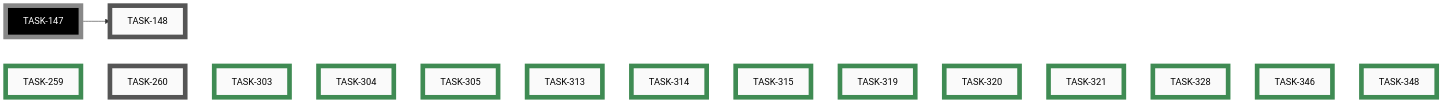
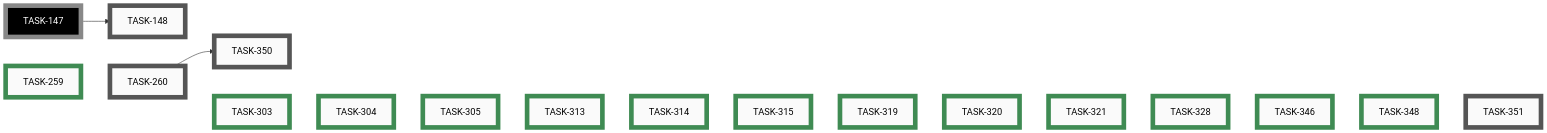
One commit to tgd1975/AwesomeStudioPedal changed the tenth of 10 diagrams in docs/developers/tasks/EPICS.md. Above: the diagram before and after it, drawn with Mermaid. The commit also changed other lines of this file and 7 other files, not shown here.

First line of the commit message:
fix(pre-commit): re-lint housekeep-regenerated index files; clean trailing blanks and HTML noise in generators

````diff
--- a/docs/developers/tasks/EPICS.md
+++ b/docs/developers/tasks/EPICS.md
@@ -398,44 +404,49 @@
 ```mermaid
 graph LR
     TASK_148["TASK-148"]:::open
     TASK_260["TASK-260"]:::open
+    TASK_350["TASK-350"]:::open
+    TASK_351["TASK-351"]:::open
     TASK_259["TASK-259"]:::closed
     TASK_303["TASK-303"]:::closed
     TASK_304["TASK-304"]:::closed
     TASK_305["TASK-305"]:::closed
     TASK_313["TASK-313"]:::closed
     TASK_314["TASK-314"]:::closed
     TASK_315["TASK-315"]:::closed
     TASK_319["TASK-319"]:::closed
     TASK_320["TASK-320"]:::closed
     TASK_321["TASK-321"]:::closed
     TASK_328["TASK-328"]:::closed
     TASK_346["TASK-346"]:::closed
     TASK_348["TASK-348"]:::closed
     TASK_147["TASK-147"]:::openExt
     TASK_147 --> TASK_148
-    TASK_259 ~~~ TASK_260 ~~~ TASK_303 ~~~ TASK_304 ~~~ TASK_305 ~~~ TASK_313 ~~~ TASK_314 ~~~ TASK_315 ~~~ TASK_319 ~~~ TASK_320 ~~~ TASK_321 ~~~ TASK_328 ~~~ TASK_346 ~~~ TASK_348
+    TASK_260 --> TASK_350
+    TASK_259 ~~~ TASK_260 ~~~ TASK_303 ~~~ TASK_304 ~~~ TASK_305 ~~~ TASK_313 ~~~ TASK_314 ~~~ TASK_315 ~~~ TASK_319 ~~~ TASK_320 ~~~ TASK_321 ~~~ TASK_328 ~~~ TASK_346 ~~~ TASK_348 ~~~ TASK_351
     click TASK_148 "open/task-148-reorganise-developer-documentation.md"
     click TASK_260 "open/task-260-unify-version-numbers-across-deliverables.md"
+    click TASK_350 "open/task-350-display-unified-version-in-web-tooling.md"
+    click TASK_351 "open/task-351-ensure-autogenerated-markdown-is-lint-clean.md"
     click TASK_259 "closed/task-259-android-app-test-protocol.md"
     click TASK_303 "closed/task-303-simulator-boots-with-demo-loaded.md"
     click TASK_304 "closed/task-304-simulator-button-no-hover-reaction.md"
     click TASK_305 "closed/task-305-add-category-field-to-ideas.md"
     click TASK_313 "closed/task-313-emoji-icons-for-idea-categories.md"
     click TASK_314 "closed/task-314-nbsp-between-icon-and-category.md"
     click TASK_315 "closed/task-315-idea-sub-file-naming-convention.md"
     click TASK_319 "closed/task-319-remove-wireviz-precommit-block.md"
     click TASK_320 "closed/task-320-remove-ble-flag-precommit-check.md"
     click TASK_321 "closed/task-321-fix-ci-failures-mermaid-clang-tidy.md"
     click TASK_328 "closed/task-328-prevent-parallel-housekeep-execution.md"
     click TASK_346 "closed/task-346-content-sensitive-precommit-checks.md"
     click TASK_348 "closed/task-348-derive-clang-tidy-set-from-compile-commands.md"
     classDef open    fill:#FAFAFA,stroke:#555,stroke-width:8px,color:#000
     classDef active  fill:#FAFAFA,stroke:#1A6FA8,stroke-width:8px,color:#000
     classDef closed  fill:#FAFAFA,stroke:#3F8B53,stroke-width:8px,color:#000
     classDef paused  fill:#FAFAFA,stroke:#B07810,stroke-width:8px,color:#000
     classDef openExt    fill:#000,stroke:#888,stroke-width:8px,color:#FFF
     classDef activeExt  fill:#000,stroke:#3FA9F5,stroke-width:8px,color:#FFF
     classDef closedExt  fill:#000,stroke:#7CC68A,stroke-width:8px,color:#FFF
     classDef pausedExt  fill:#000,stroke:#F0B030,stroke-width:8px,color:#FFF
 ```
````
